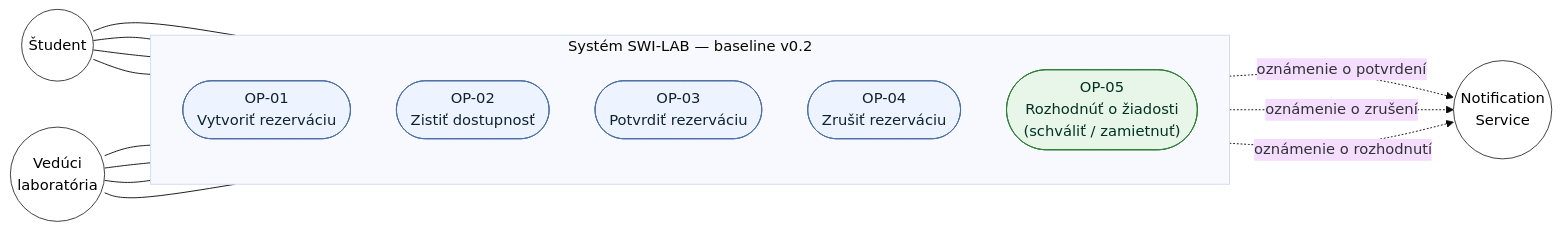
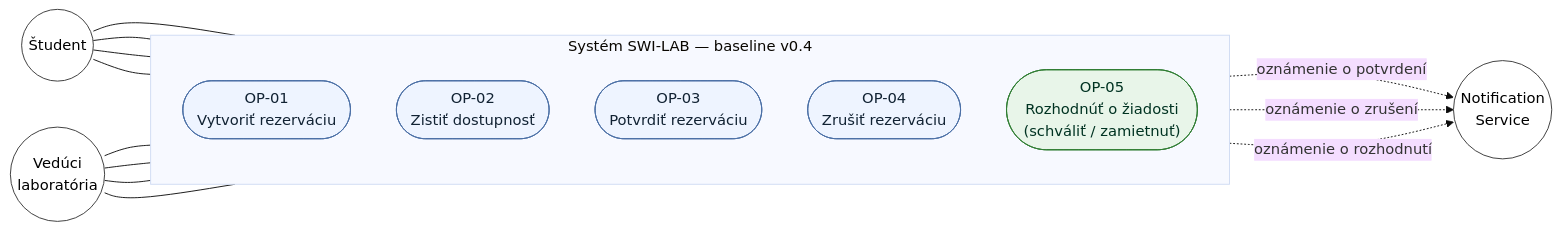
Before and after one commit to thspowered/SWI-LAB: the first of 7 diagrams in docs/diagrams.md, drawn with Mermaid (base theme). The commit also changed other lines of this file and 2 other files, not shown here.

````diff
--- a/docs/diagrams.md
+++ b/docs/diagrams.md
@@ -17,36 +21,36 @@
 ```mermaid
 flowchart LR
     student(("Študent"))
     supervisor(("Vedúci<br/>laboratória"))
     notif(("Notification<br/>Service"))
 
-    subgraph SYS["Systém SWI-LAB — baseline v0.2"]
+    subgraph SYS["Systém SWI-LAB — baseline v0.4"]
         direction TB
         op1(["OP-01<br/>Vytvoriť rezerváciu"])
         op2(["OP-02<br/>Zistiť dostupnosť"])
         op3(["OP-03<br/>Potvrdiť rezerváciu"])
         op4(["OP-04<br/>Zrušiť rezerváciu"])
         op5(["OP-05<br/>Rozhodnúť o žiadosti<br/>(schváliť / zamietnuť)"])
     end
 
     student --- op1
     student --- op2
     student --- op3
     student --- op4
 
     supervisor --- op2
     supervisor --- op3
     supervisor --- op4
     supervisor --- op5
 
     op3 -.->|"oznámenie o potvrdení"| notif
     op4 -.->|"oznámenie o zrušení"| notif
     op5 -.->|"oznámenie o rozhodnutí"| notif
 
     classDef uc fill:#eef4ff,stroke:#4a6fa5,color:#123;
     classDef new fill:#e8f5e9,stroke:#2e7d32,color:#032;
     classDef actor fill:#fff,stroke:#333,color:#000;
     class op1,op2,op3,op4 uc;
     class op5 new;
     class student,supervisor,notif actor;
 ```
````
